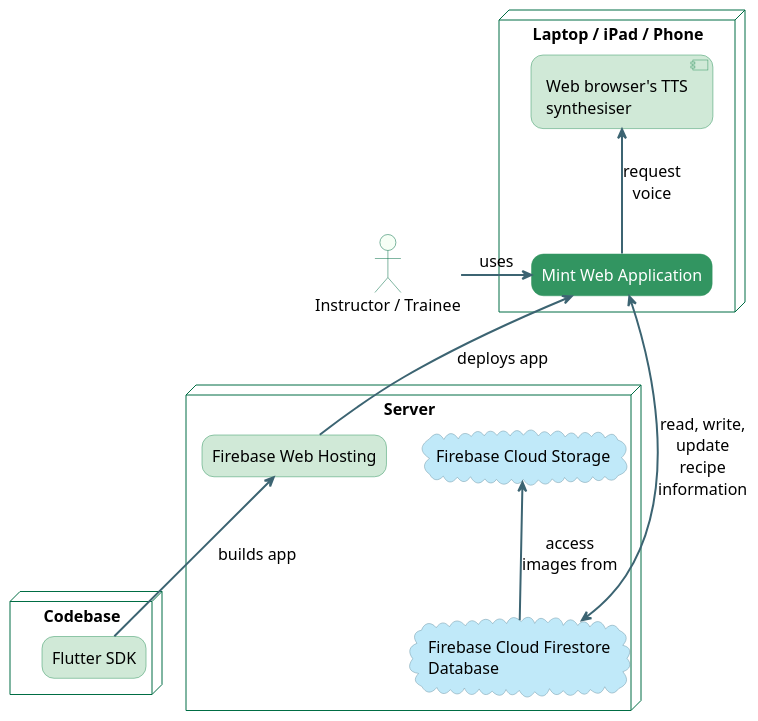
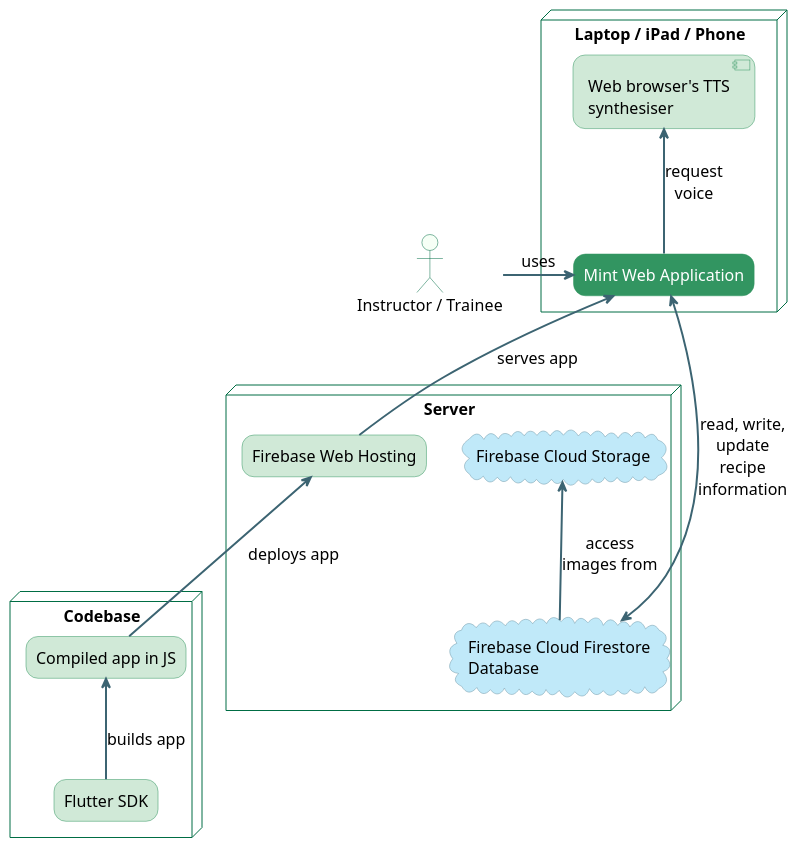
The diagram in docs/diagrams/architecture.puml (cervonwong/mint), drawn with PlantUML before and after one commit.

Commit message:
Fix architecture

```diff
--- a/docs/diagrams/architecture.puml
+++ b/docs/diagrams/architecture.puml
@@ -1,49 +1,51 @@
 @startuml
 'https://plantuml.com/deployment-diagram
 
 skinparam shadowing false
 skinparam wrapWidth 200
 skinparam maxMessageSize 100
 skinparam defaultFontName Red Hat Text Medium
 skinparam defaultFontSize 16
 skinparam roundCorner 24
 skinparam maxSize 20
 skinparam cloudBackgroundColor #C0E9F9
 skinparam cloudBorderColor #6F97A6
 skinparam rectangleBackgroundColor #d0e9d7
 skinparam rectangleBorderColor #329561
 skinparam rectangleFontColor #000000
 skinparam actorBackgroundColor #F6FFF6
 skinparam actorBorderColor #006D44
 skinparam queueBackgroundColor #F6FFF6
 skinparam queueBorderColor #006D44
 skinparam nodeBackgroundColor transparent
 skinparam nodeBorderColor #006D44
 skinparam componentBackgroundColor #d0e9d7
 skinparam componentBorderColor #329561
 skinparam arrowColor #3C6472
 skinparam arrowThickness 2
 
 actor user as "Instructor / Trainee"
 
 node server as "Server" {
     cloud storage as "Firebase Cloud Storage"
     cloud firestore as "Firebase Cloud Firestore Database"
     rectangle hosting as "Firebase Web Hosting"
 }
 node device as "Laptop / iPad / Phone" {
     rectangle app as "Mint Web Application" #329561;text:FFFFFF
     component tts as "Web browser's TTS synthesiser"
 }
 node codebase as "Codebase" {
     rectangle flutter as "Flutter SDK"
+    rectangle build as "Compiled app in JS"
 }
 
 firestore <--> app : read, write, update recipe information
 app <-left- user : uses
-hosting <-- flutter : builds app
-app <-- hosting : deploys app
+hosting <-- build : deploys app
+app <-- hosting : serves app
 storage <-- firestore : access images from
 tts <-- app : request voice
+build <-- flutter : builds app
 
 @enduml
```
